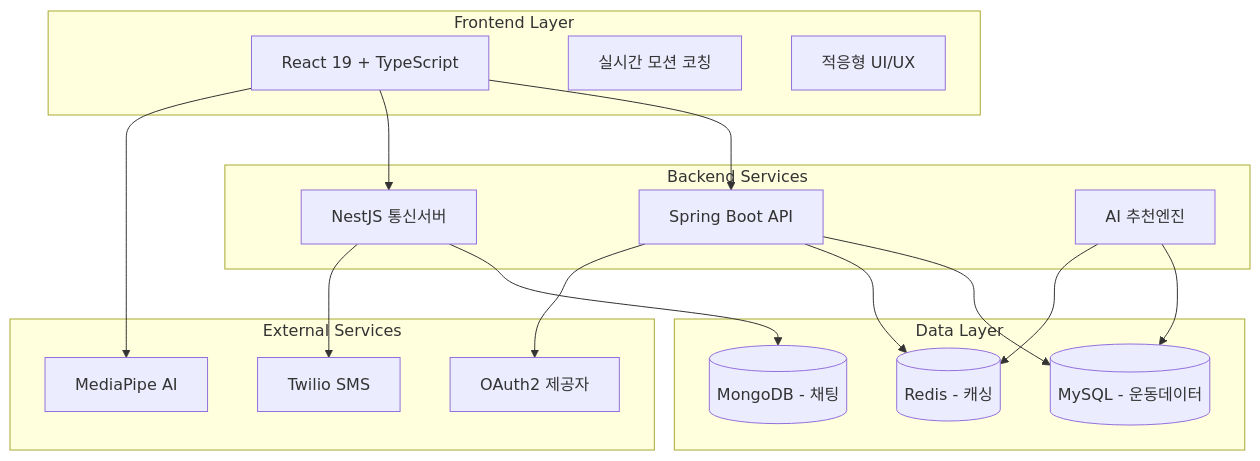
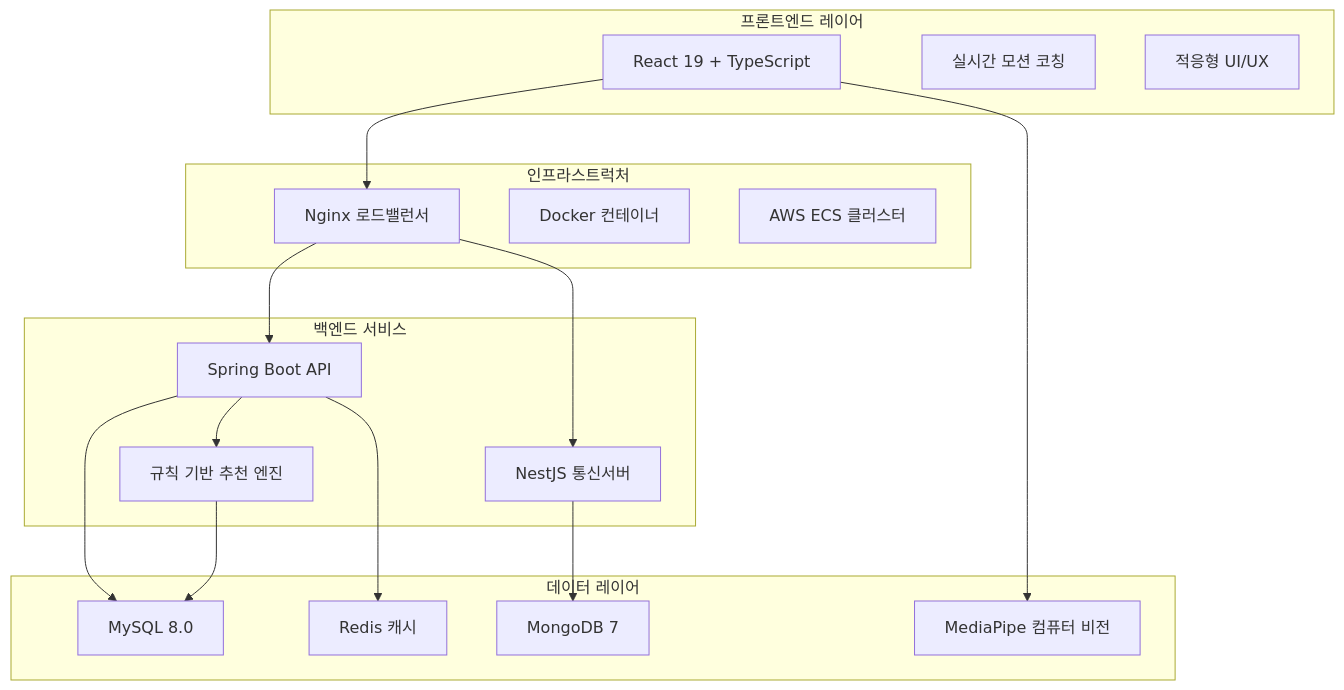
Before and after one commit to jhpark-coder/personalproject: the first of 2 diagrams in README.md, drawn with Mermaid. The commit also changed other lines of this file and 1 other file, not shown here.

````diff
--- a/README.md
+++ b/README.md
@@ -37,37 +37,37 @@
 ```mermaid
 graph TB
-    subgraph "Frontend Layer"
+    subgraph "프론트엔드 레이어"
         A[React 19 + TypeScript]
         B[실시간 모션 코칭]
         C[적응형 UI/UX]
     end
     
-    subgraph "Backend Services"
+    subgraph "백엔드 서비스"
         D[Spring Boot API]
         E[NestJS 통신서버]
-        F[AI 추천엔진]
+        F[규칙 기반 추천 엔진]
     end
     
-    subgraph "Data Layer"
-        G[(MySQL - 운동데이터)]
-        H[(MongoDB - 채팅)]
-        I[(Redis - 캐싱)]
+    subgraph "인프라스트럭처"
+        G[Nginx 로드밸런서]
+        H[Docker 컨테이너]
+        I[AWS ECS 클러스터]
     end
     
-    subgraph "External Services"
-        J[OAuth2 제공자]
-        K[Twilio SMS]
-        L[MediaPipe AI]
+    subgraph "데이터 레이어"
+        J[MySQL 8.0]
+        K[MongoDB 7]
+        L[MediaPipe 컴퓨터 비전]
+        M[Redis 캐시]
     end
     
-    A --> D
-    A --> E
+    A --> G
+    G --> D
+    G --> E
+    D --> J
+    E --> K
     A --> L
-    D --> G
-    D --> I
-    E --> H
-    E --> K
-    D --> J
-    F --> G
-    F --> I
+    D --> F
+    F --> J
+    D --> M
 ```
````
